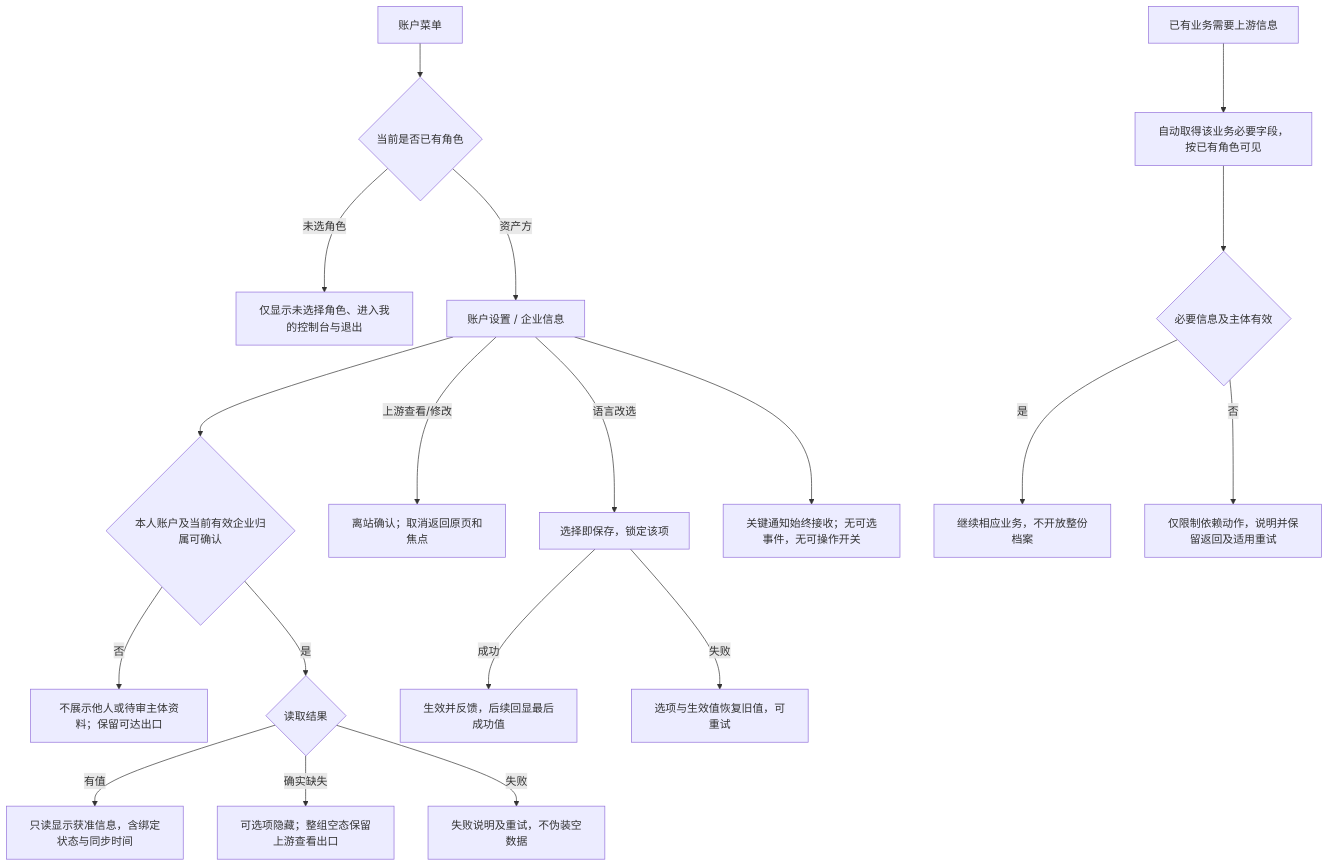
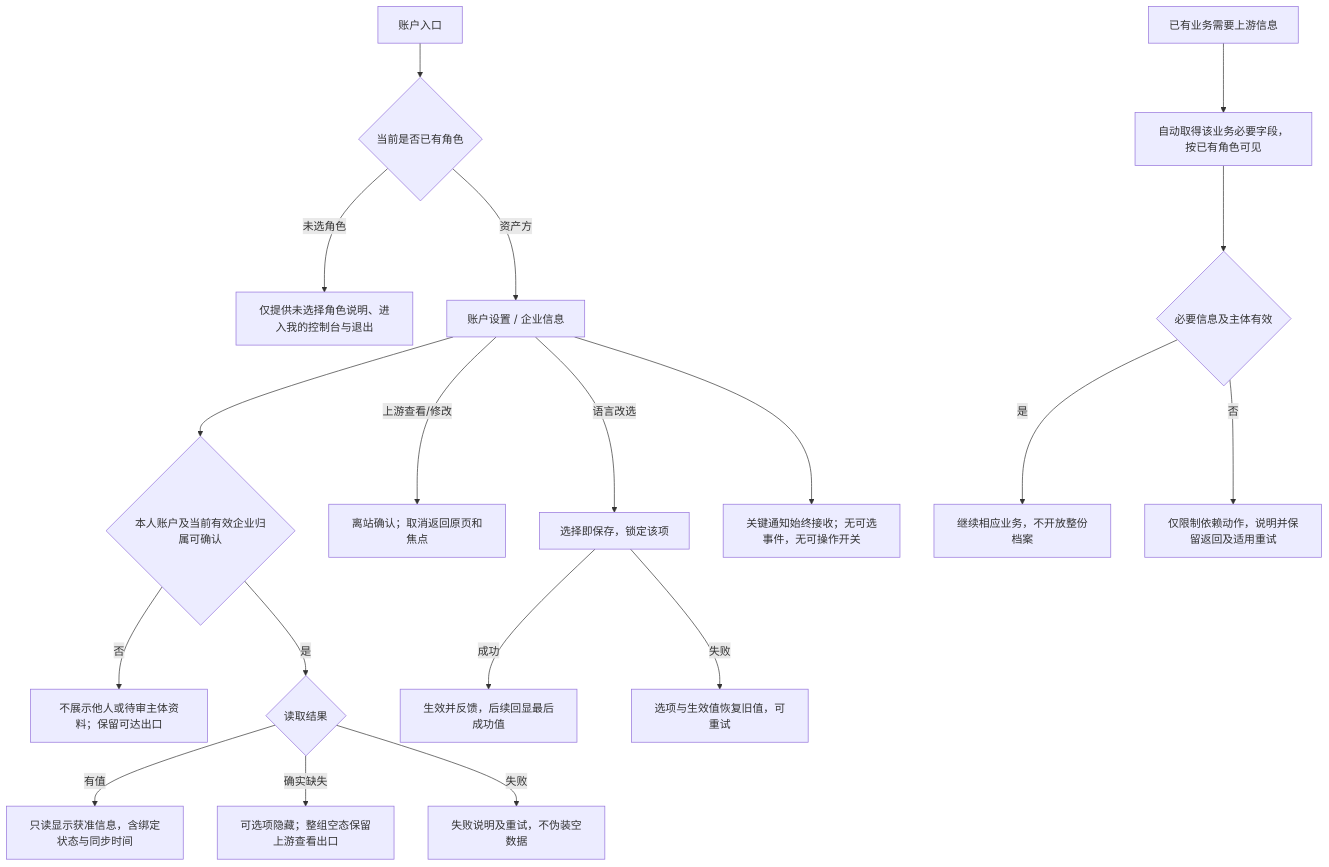
One commit to wxblockchain/Chain-Financing changed the fifth of 7 diagrams in lending-platform/PRD/v2.0-登录与账户体系/02-登录主干与资产方SSO接入-流程图与状态机.md. Above: the diagram before and after it, drawn with Mermaid. The commit also changed other lines of this file and 2 other files, not shown here.

````diff
--- a/lending-platform/PRD/v2.0-登录与账户体系/02-登录主干与资产方SSO接入-流程图与状态机.md
+++ b/lending-platform/PRD/v2.0-登录与账户体系/02-登录主干与资产方SSO接入-流程图与状态机.md
@@ -124,21 +124,21 @@
 ```mermaid
 flowchart TD
-    MENU["账户菜单"] --> ROLE{"当前是否已有角色"}
-    ROLE -->|未选角色| ONLY["仅显示未选择角色、进入我的控制台与退出"]
+    MENU["账户入口"] --> ROLE{"当前是否已有角色"}
+    ROLE -->|未选角色| ONLY["仅提供未选择角色说明、进入我的控制台与退出"]
     ROLE -->|资产方| P["账户设置 / 企业信息"]
     P --> OWNER{"本人账户及当前有效企业归属可确认"}
     OWNER -->|否| DENY["不展示他人或待审主体资料；保留可达出口"]
     OWNER -->|是| LOAD{"读取结果"}
     LOAD -->|有值| SHOW["只读显示获准信息，含绑定状态与同步时间"]
     LOAD -->|确实缺失| EMPTY["可选项隐藏；整组空态保留上游查看出口"]
     LOAD -->|失败| FAIL["失败说明及重试，不伪装空数据"]
     P -->|上游查看/修改| LEAVE["离站确认；取消返回原页和焦点"]
     P -->|语言改选| SAVE["选择即保存，锁定该项"]
     SAVE -->|成功| OK["生效并反馈，后续回显最后成功值"]
     SAVE -->|失败| ROLLBACK["选项与生效值恢复旧值，可重试"]
     P --> NOTICE["关键通知始终接收；无可选事件，无可操作开关"]
     B["已有业务需要上游信息"] --> AUTO["自动取得该业务必要字段，按已有角色可见"]
     AUTO --> NEED{"必要信息及主体有效"}
     NEED -->|是| USE["继续相应业务，不开放整份档案"]
     NEED -->|否| LIMIT["仅限制依赖动作，说明并保留返回及适用重试"]
 ```
````
